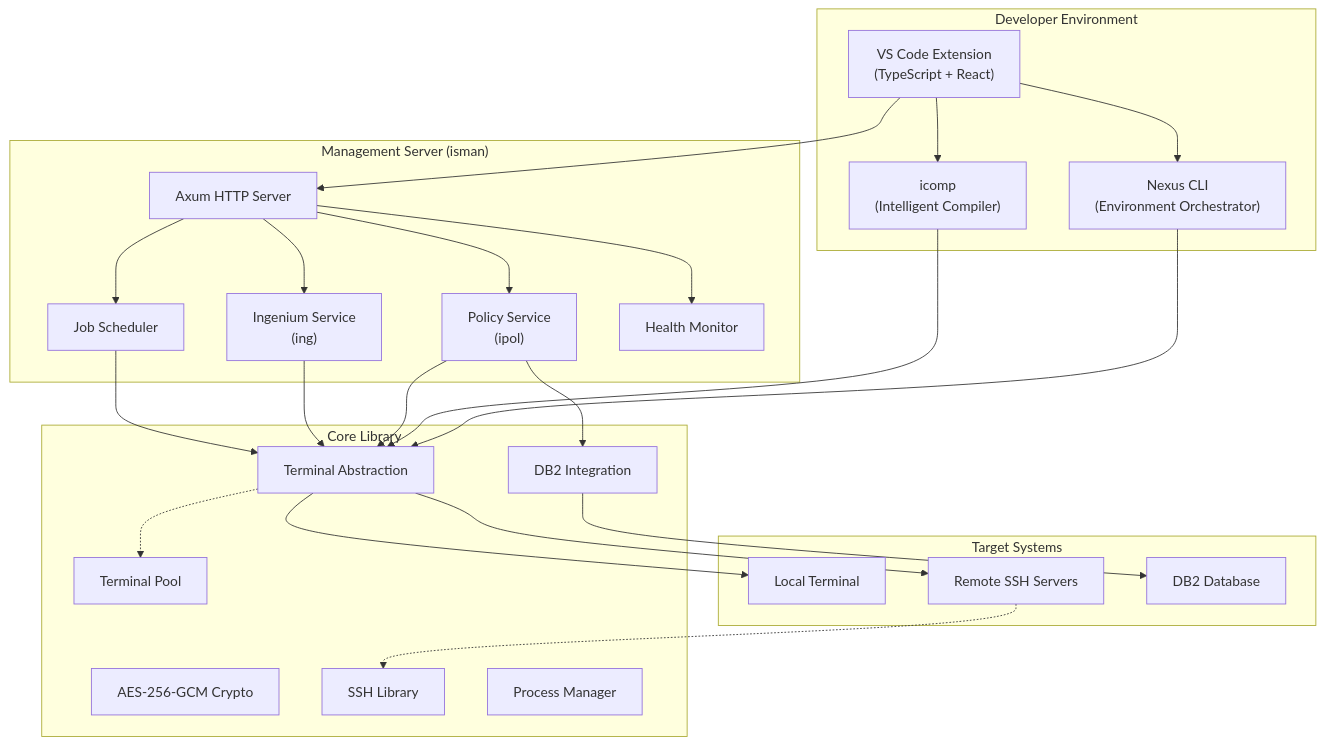
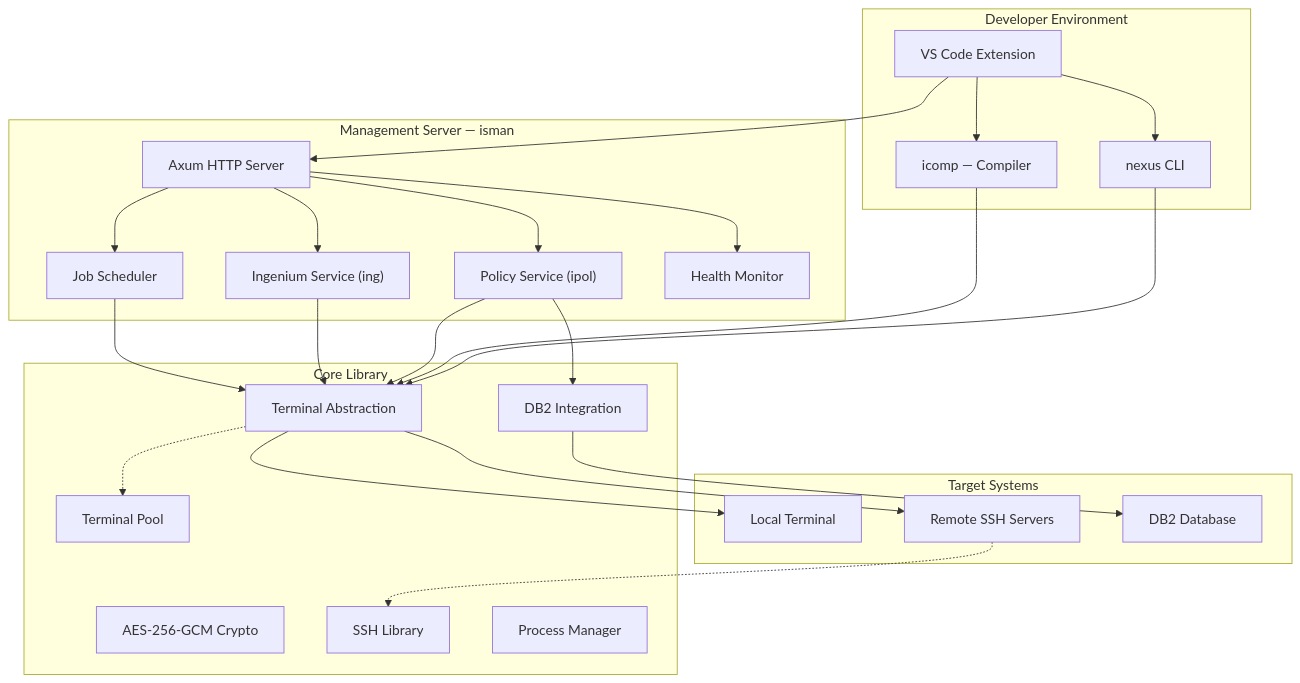
The diagram in docs/binean_nexus/architecture.md (binean-zone/benova), drawn with Mermaid before and after one commit. The commit also changed other lines of this file and 12 other files, not shown here.

````diff
--- a/docs/binean_nexus/architecture.md
+++ b/docs/binean_nexus/architecture.md
@@ -21,53 +23,50 @@
 ```mermaid
 graph TB
     subgraph "Developer Environment"
-        VSCODE["VS Code Extension<br/>(TypeScript + React)"]
-        NEXUS_CLI["Nexus CLI<br/>(Environment Orchestrator)"]
-        ICOMP["icomp<br/>(Intelligent Compiler)"]
+        VSCODE["VS Code Extension"]
+        NEXUS_CLI["nexus CLI"]
+        ICOMP["icomp — Compiler"]
     end
 
-    subgraph "Management Server (isman)"
+    subgraph "Management Server — isman"
         AXUM["Axum HTTP Server"]
-        IPOL_SVC["Policy Service<br/>(ipol)"]
-        ING_SVC["Ingenium Service<br/>(ing)"]
+        IPOL_SVC["Policy Service (ipol)"]
+        ING_SVC["Ingenium Service (ing)"]
         JOBS["Job Scheduler"]
         HEALTH["Health Monitor"]
     end
 
     subgraph "Core Library"
         TERMINAL["Terminal Abstraction"]
         DB2["DB2 Integration"]
         CRYPTO["AES-256-GCM Crypto"]
         SSH_LIB["SSH Library"]
         POOL["Terminal Pool"]
         PROCESS["Process Manager"]
     end
 
     subgraph "Target Systems"
         LOCAL["Local Terminal"]
         REMOTE["Remote SSH Servers"]
         DB2_SERVER["DB2 Database"]
     end
 
     VSCODE --> NEXUS_CLI
     VSCODE --> ICOMP
     VSCODE --> AXUM
-
     NEXUS_CLI --> TERMINAL
     ICOMP --> TERMINAL
     AXUM --> IPOL_SVC
     AXUM --> ING_SVC
     AXUM --> JOBS
     AXUM --> HEALTH
-
     IPOL_SVC --> TERMINAL
     IPOL_SVC --> DB2
     ING_SVC --> TERMINAL
     JOBS --> TERMINAL
-
     TERMINAL --> LOCAL
     TERMINAL --> REMOTE
     DB2 --> DB2_SERVER
     REMOTE -.-> SSH_LIB
     TERMINAL -.-> POOL
 ```
````
